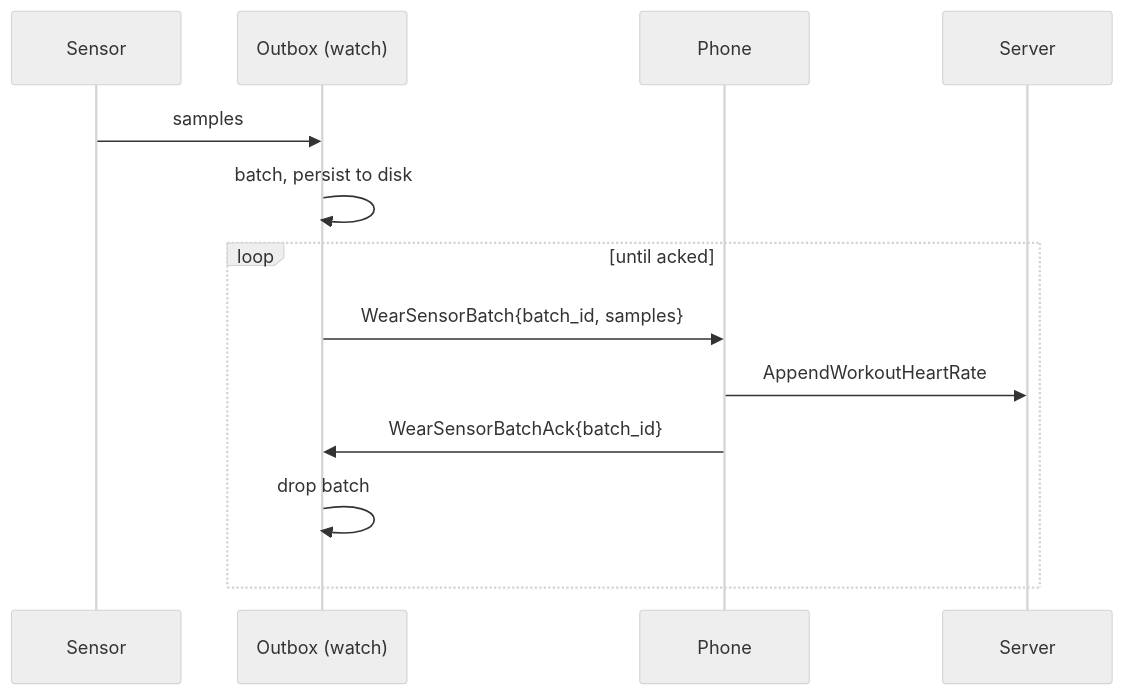
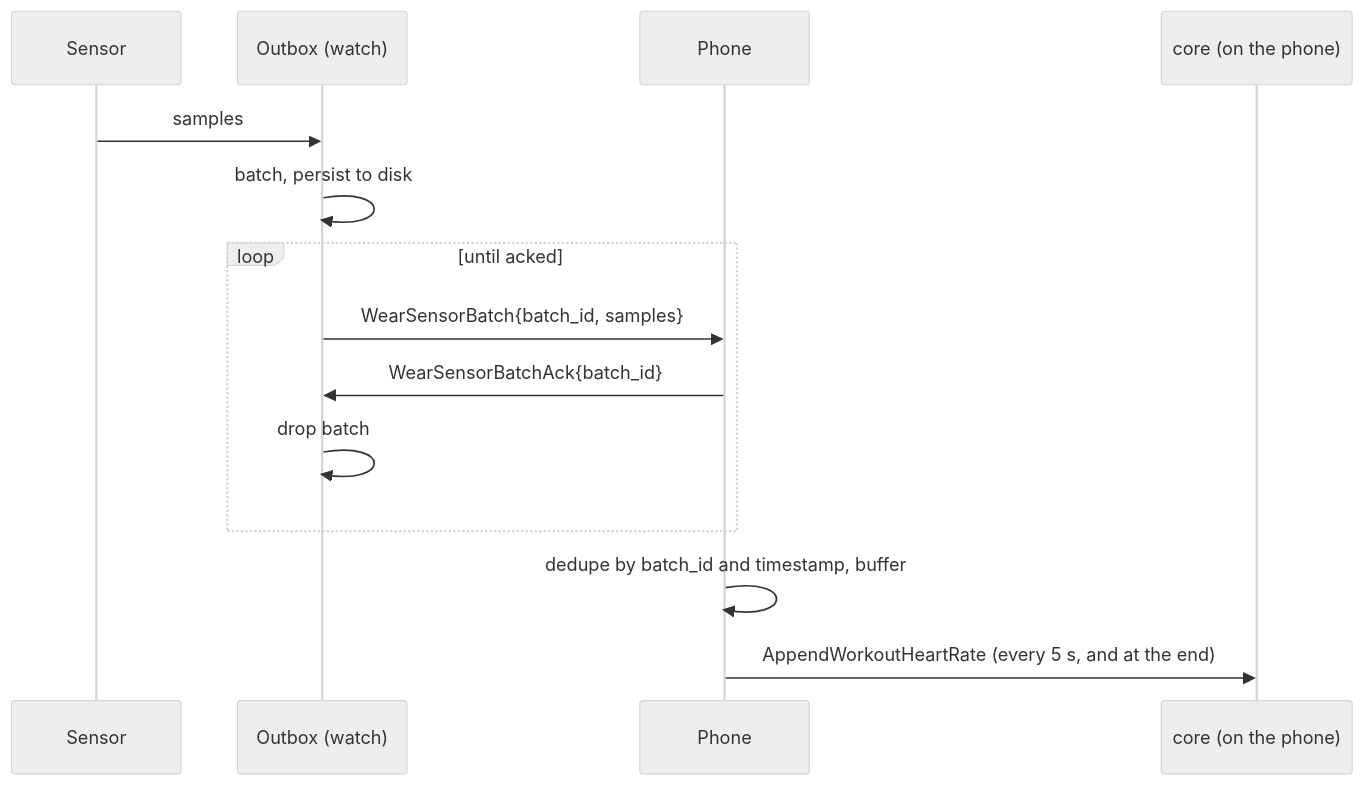
One commit to brensch/lift changed the fourth of 4 diagrams in docs/architecture/wearable.md. Above: the diagram before and after it, drawn with Mermaid (neutral theme). The commit also changed other lines of this file and 214 other files, not shown here.

First line of the commit message:
Local-first: the Rust core on the phone (#74)

````diff
--- a/docs/architecture/wearable.md
+++ b/docs/architecture/wearable.md
@@ -135,16 +137,17 @@
 ```mermaid
 sequenceDiagram
     participant HR as Sensor
     participant O as Outbox (watch)
     participant P as Phone
-    participant S as Server
+    participant K as core (on the phone)
 
     HR->>O: samples
     O->>O: batch, persist to disk
     loop until acked
         O->>P: WearSensorBatch{batch_id, samples}
-        P->>S: AppendWorkoutHeartRate
         P->>O: WearSensorBatchAck{batch_id}
         O->>O: drop batch
     end
+    P->>P: dedupe by batch_id and timestamp, buffer
+    P->>K: AppendWorkoutHeartRate (every 5 s, and at the end)
 ```
````
